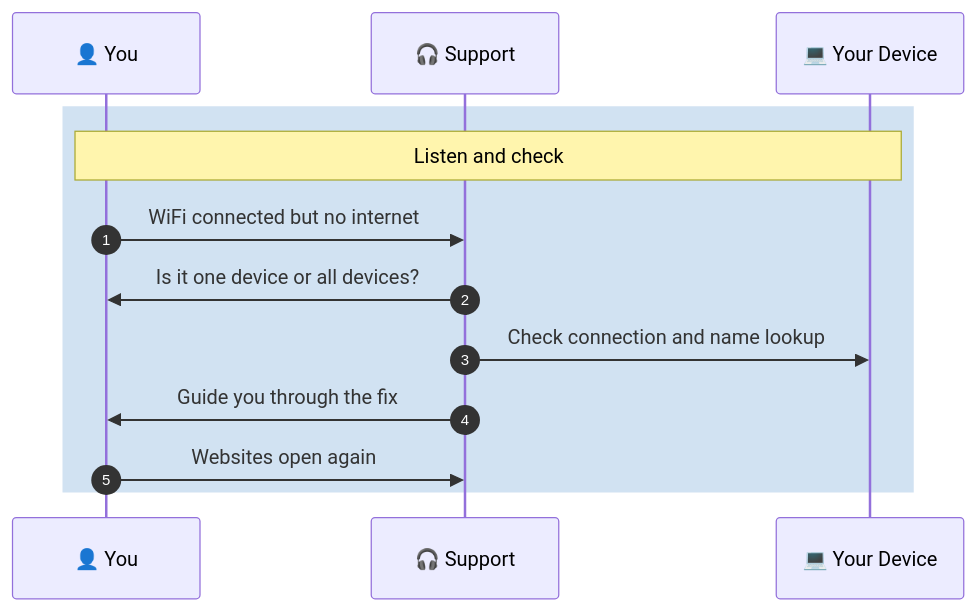
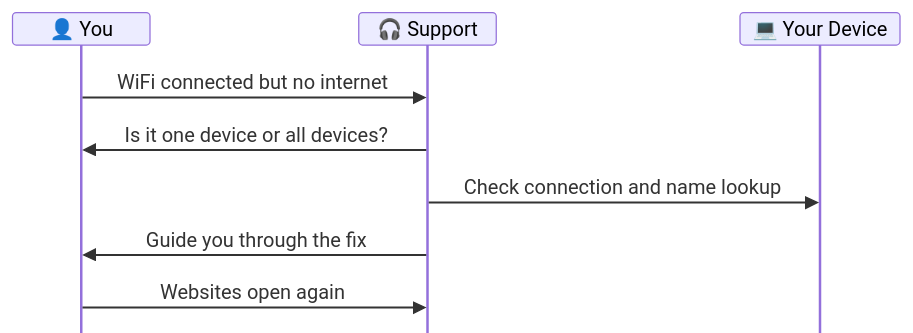
The third of 3 diagrams in 04-Solution-guides/04.1-WiFi-Guide.md (malaika-azhar/Customer-Tech-Support-Portfolio), drawn with Mermaid before and after one commit. The commit also changed other lines of this file, not shown here.

````diff
--- a/04-Solution-guides/04.1-WiFi-Guide.md
+++ b/04-Solution-guides/04.1-WiFi-Guide.md
@@ -245,16 +246,12 @@
 ```mermaid
+%%{init: {'themeVariables': {'fontSize': '12px'}, 'sequence': {'actorMargin': 40, 'messageMargin': 20, 'boxMargin': 4, 'noteMargin': 5, 'width': 110, 'height': 26, 'mirrorActors': false}}}%%
 sequenceDiagram
-    autonumber
     participant C as 👤 You
     participant S as 🎧 Support
     participant X as 💻 Your Device
-
-    rect rgba(0, 94, 184, 0.18)
-    Note over C,X: Listen and check
     C->>S: WiFi connected but no internet
     S->>C: Is it one device or all devices?
     S->>X: Check connection and name lookup
     S->>C: Guide you through the fix
     C->>S: Websites open again
-    end
 ```
````
